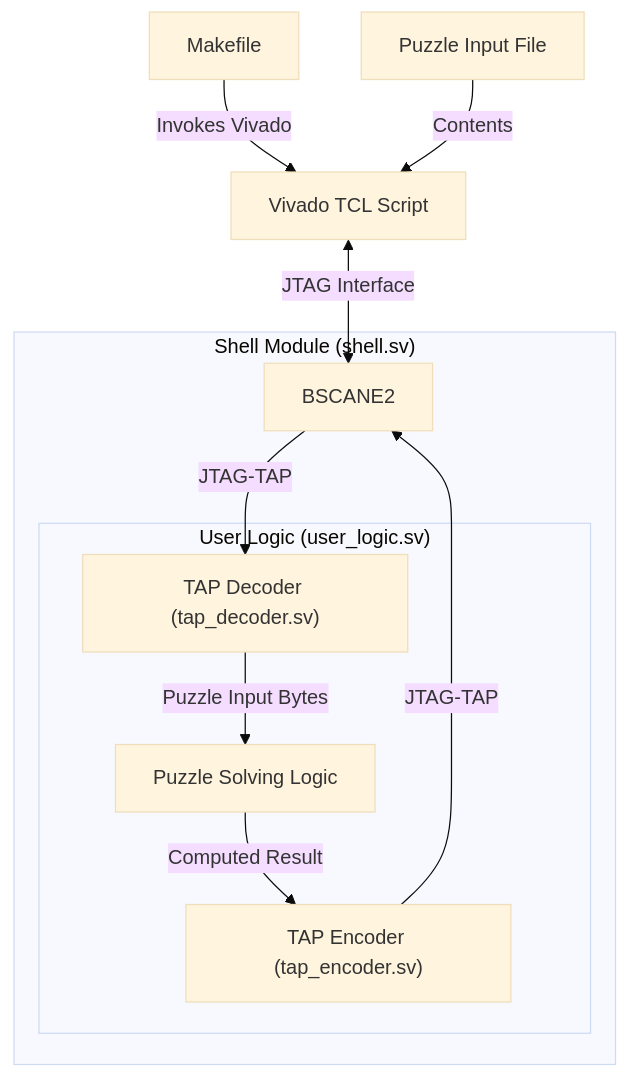
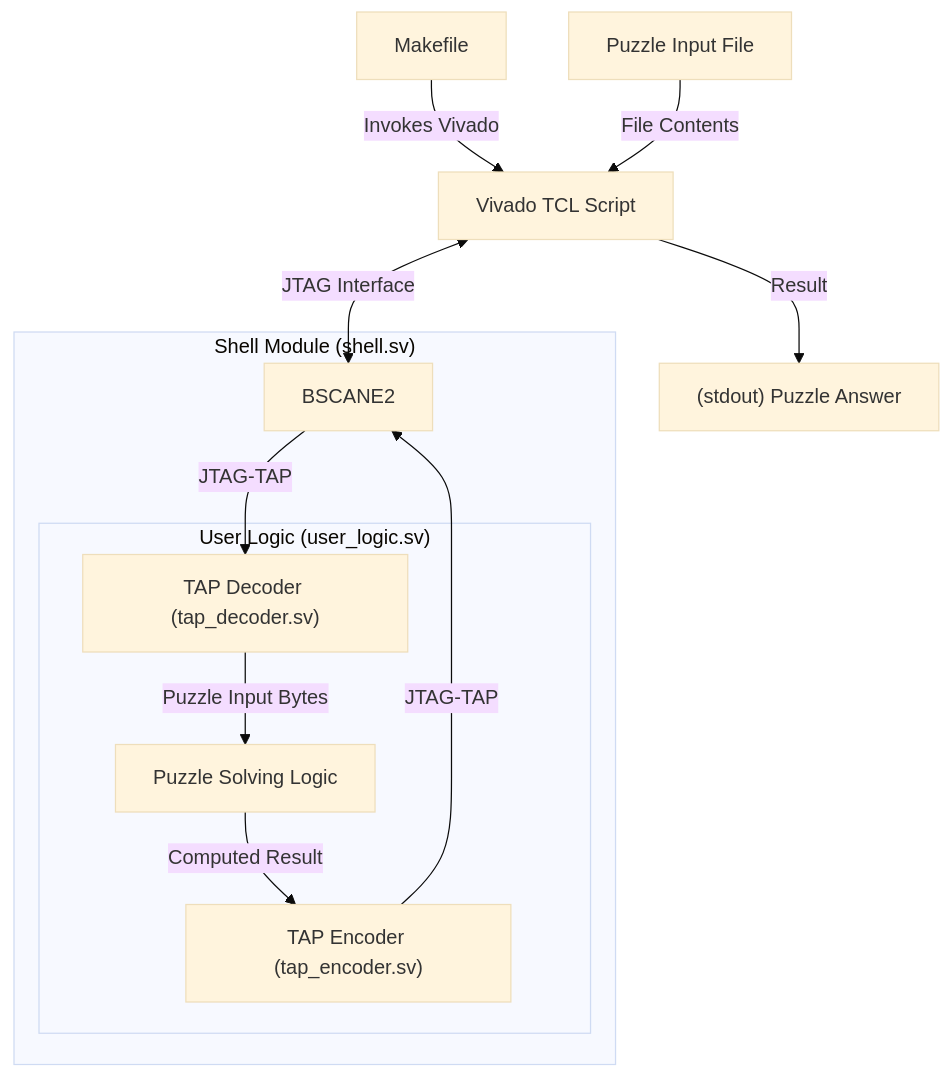
Before and after one commit to MatthieuMichon/aoc-rtl: the diagram in README.md, drawn with Mermaid (base theme).

Commit message:
doc: Update diagram

````diff
--- a/README.md
+++ b/README.md
@@ -11,24 +11,26 @@
 ```mermaid
 flowchart
 
 mk["Makefile"]
 txt["Puzzle Input File"]
 tcl["Vivado TCL Script"]
+ans["(stdout) Puzzle Answer"]
 
 subgraph shell["Shell Module (shell.sv)"]
   tap["BSCANE2"]
   subgraph usr["User Logic (user_logic.sv)"]
     tap-dec["TAP Decoder (tap_decoder.sv)"]
     log["Puzzle Solving Logic"]
     tap-enc["TAP Encoder (tap_encoder.sv)"]
   end
 end
 
 mk -- Invokes Vivado --> tcl
-txt -- Contents --> tcl
+txt -- File Contents --> tcl
 tcl <-- JTAG Interface --> tap
+tcl -- Result --> ans
 tap --JTAG-TAP--> tap-dec
 tap-dec -- Puzzle Input Bytes --> log
 log -- Computed Result --> tap-enc
 tap-enc --JTAG-TAP--> tap
 ```
````
